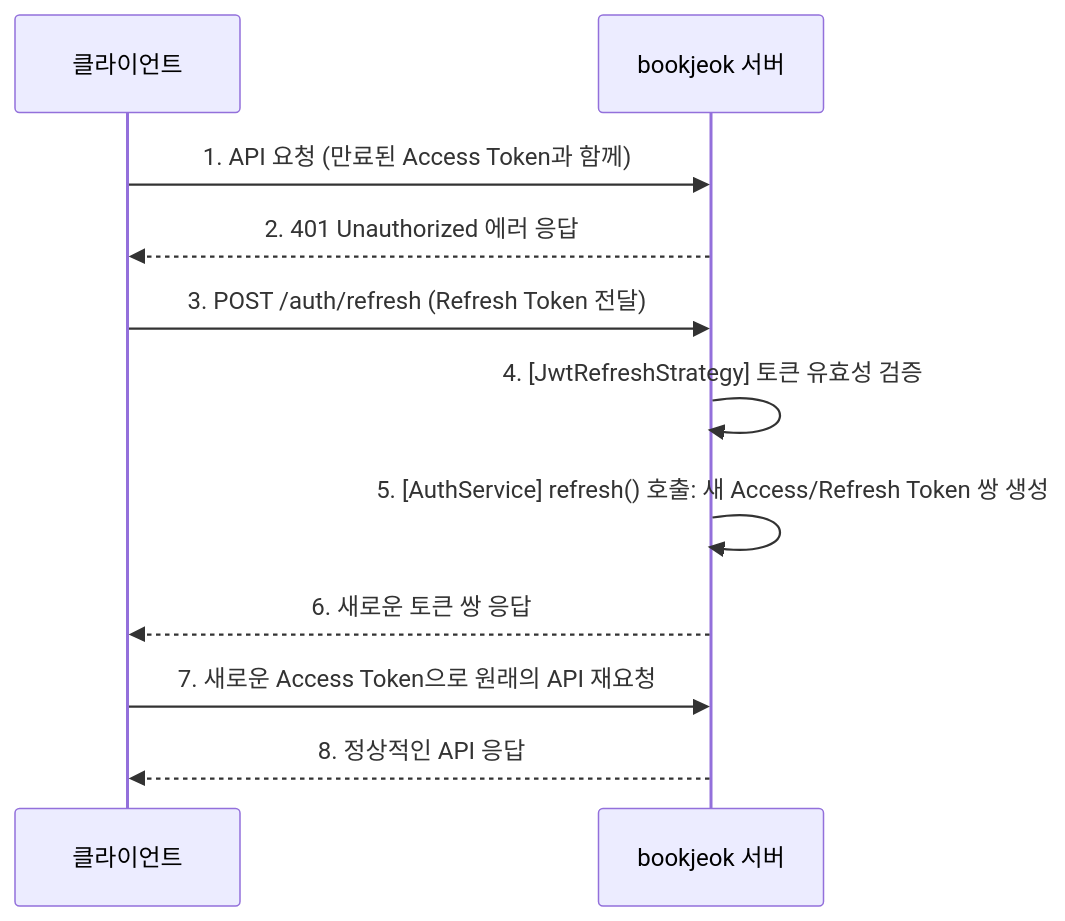
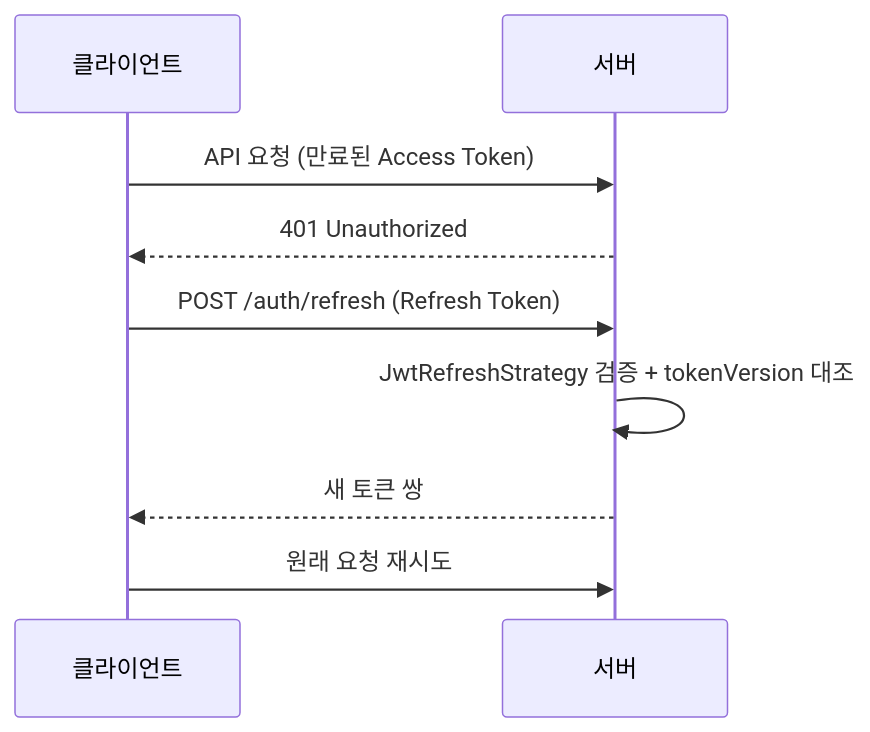
Before and after one commit to Yoo-su/artchive: the second of 2 diagrams in apps/server/src/features/auth/README.md, drawn with Mermaid. The commit also changed other lines of this file and 39 other files, not shown here.

````diff
--- a/apps/server/src/features/auth/README.md
+++ b/apps/server/src/features/auth/README.md
@@ -74,16 +73,12 @@
 ```mermaid
 sequenceDiagram
     participant C as 클라이언트
-    participant S as bookjeok 서버
+    participant S as 서버
 
-    C->>S: 1. API 요청 (만료된 Access Token과 함께)
-    S-->>C: 2. 401 Unauthorized 에러 응답
-
-    C->>S: 3. POST /auth/refresh (Refresh Token 전달)
-    S->>S: 4. [JwtRefreshStrategy] 토큰 유효성 검증
-    S->>S: 5. [AuthService] refresh() 호출: 새 Access/Refresh Token 쌍 생성
-    S-->>C: 6. 새로운 토큰 쌍 응답
-
-    C->>S: 7. 새로운 Access Token으로 원래의 API 재요청
-    S-->>C: 8. 정상적인 API 응답
+    C->>S: API 요청 (만료된 Access Token)
+    S-->>C: 401 Unauthorized
+    C->>S: POST /auth/refresh (Refresh Token)
+    S->>S: JwtRefreshStrategy 검증 + tokenVersion 대조
+    S-->>C: 새 토큰 쌍
+    C->>S: 원래 요청 재시도
 ```
````
